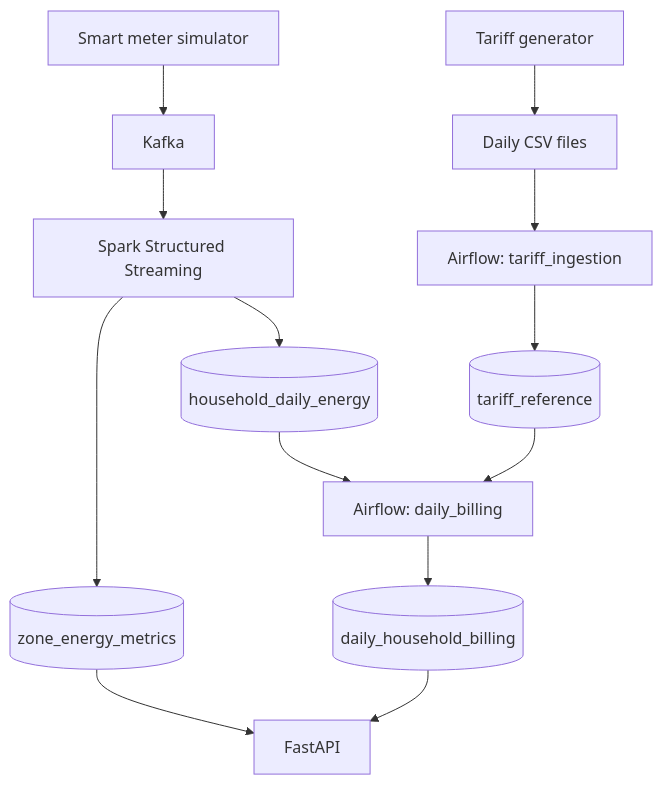
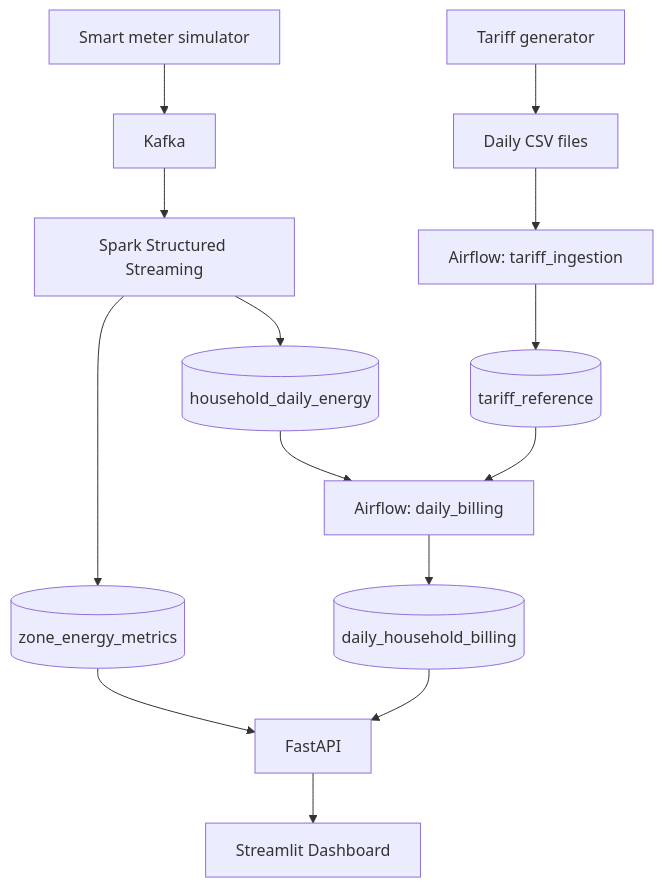
The diagram in README.md (AmiruHoradagoda/smart-grid-data-platform), drawn with Mermaid before and after one commit. The commit also changed other lines of this file and 9 other files, not shown here.

````diff
--- a/README.md
+++ b/README.md
@@ -11,15 +11,16 @@
 ```mermaid
 flowchart TD
     M[Smart meter simulator] --> K[Kafka]
     K --> S[Spark Structured Streaming]
     S --> Z[(zone_energy_metrics)]
     S --> E[(household_daily_energy)]
     T[Tariff generator] --> C[Daily CSV files]
     C --> A[Airflow: tariff_ingestion]
     A --> R[(tariff_reference)]
     E --> B[Airflow: daily_billing]
     R --> B
     B --> D[(daily_household_billing)]
     Z --> API[FastAPI]
     D --> API
+    API --> Dashboard[Streamlit Dashboard]
 ```
````
